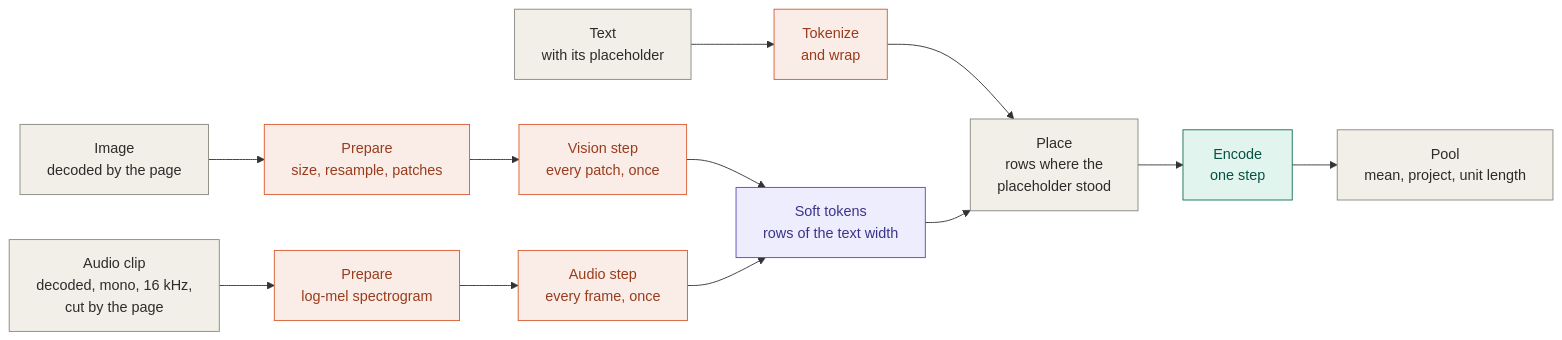
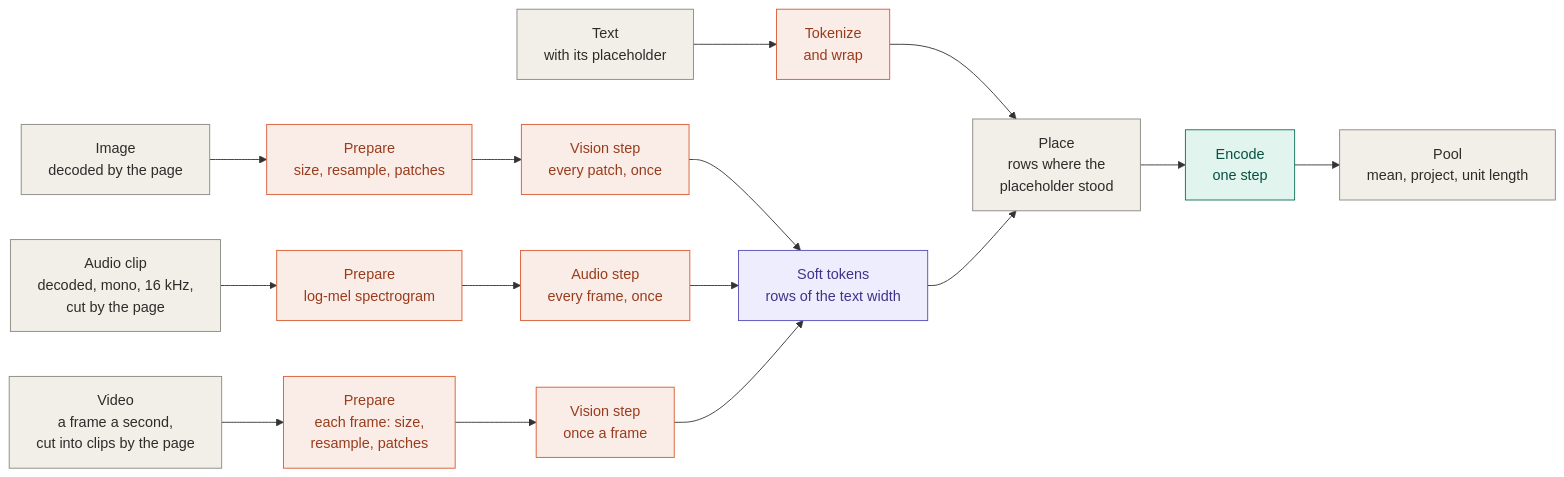
The fourth of 10 diagrams in docs/architecture/logical-overview.md (plainsight-systems/charlotte), drawn with Mermaid before and after one commit. The commit also changed other lines of this file and 21 other files, not shown here.

````diff
--- a/docs/architecture/logical-overview.md
+++ b/docs/architecture/logical-overview.md
@@ -87,21 +87,24 @@
 ```mermaid
 flowchart LR
     img["Image<br/>decoded by the page"] --> prep["Prepare<br/>size, resample, patches"]
     prep --> vis["Vision step<br/>every patch, once"]
     vis --> soft["Soft tokens<br/>rows of the text width"]
     aud["Audio clip<br/>decoded, mono, 16 kHz,<br/>cut by the page"] --> mel["Prepare<br/>log-mel spectrogram"]
     mel --> aenc["Audio step<br/>every frame, once"]
     aenc --> soft
+    vid["Video<br/>a frame a second,<br/>cut into clips by the page"] --> fprep["Prepare<br/>each frame: size,<br/>resample, patches"]
+    fprep --> fvis["Vision step<br/>once a frame"]
+    fvis --> soft
     txt["Text<br/>with its placeholder"] --> tok["Tokenize<br/>and wrap"]
     tok --> place["Place<br/>rows where the<br/>placeholder stood"]
     soft --> place
     place --> step["Encode<br/>one step"]
     step --> pool["Pool<br/>mean, project, unit length"]
     classDef default fill:#F1EFE8,stroke:#888780,color:#2C2C2A
     classDef fork fill:#FAECE7,stroke:#D85A30,color:#993C1D
     classDef policy fill:#EEEDFE,stroke:#534AB7,color:#3C3489
     classDef regime fill:#E1F5EE,stroke:#0F6E56,color:#085041
-    class prep,vis,mel,aenc,tok fork
+    class prep,vis,mel,aenc,fprep,fvis,tok fork
     class soft policy
     class step regime
 ```
````
